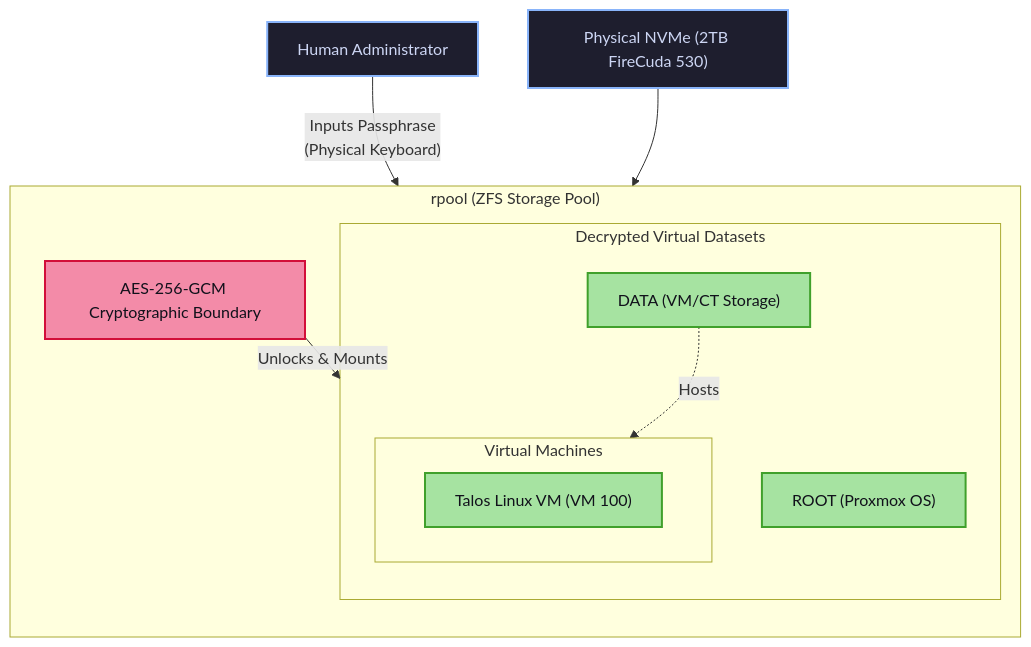
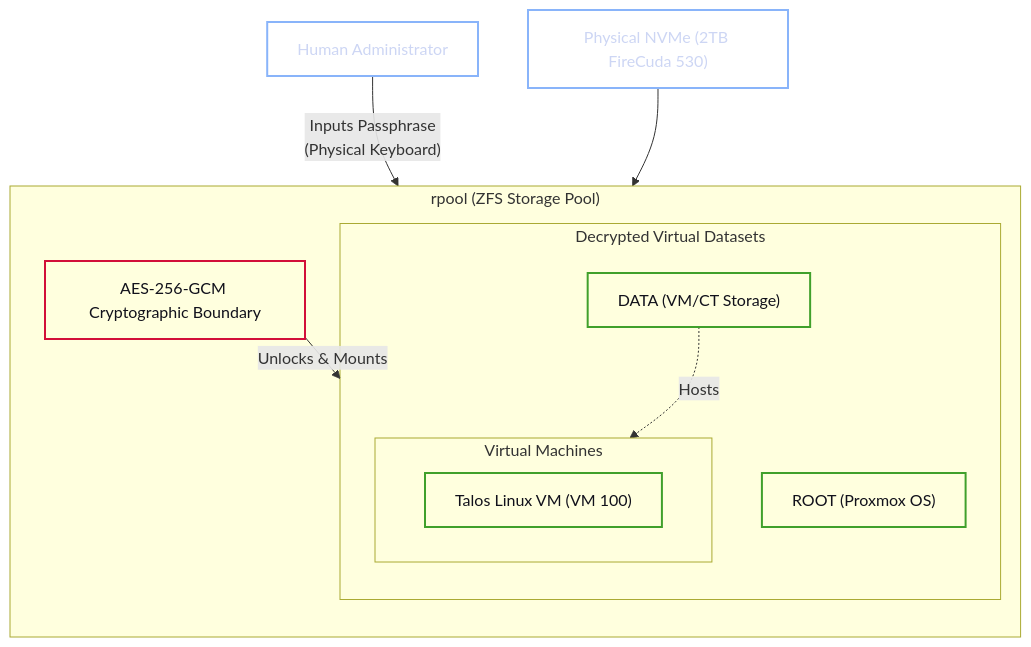
Before and after one commit to foersben/janus-synapse-edge: the diagram in docs/02. Proxmox Base Installation & ZFS Encryption.md, drawn with Mermaid. The commit also changed 11 other files, not shown here.

Commit message:
fixed diagrams

````diff
--- a/docs/02. Proxmox Base Installation & ZFS Encryption.md
+++ b/docs/02. Proxmox Base Installation & ZFS Encryption.md
@@ -26,30 +26,30 @@
 ```mermaid
 flowchart TD
     %% Cryptographic Boundary Diagram
-    classDef hardware fill:#1e1e2e,stroke:#89b4fa,stroke-width:2px,color:#cdd6f4
-    classDef encrypted fill:#f38ba8,stroke:#d20f39,stroke-width:2px,color:#11111b
-    classDef decrypted fill:#a6e3a1,stroke:#40a02b,stroke-width:2px,color:#11111b
+    classDef hardware fill:transparent,stroke:#89b4fa,stroke-width:2px,color:#cdd6f4
+    classDef encrypted fill:transparent,stroke:#d20f39,stroke-width:2px,color:#11111b
+    classDef decrypted fill:transparent,stroke:#40a02b,stroke-width:2px,color:#11111b
 
     PhysicalDrive["Physical NVMe (2TB FireCuda 530)"]:::hardware
 
     subgraph ZFS_Pool["rpool (ZFS Storage Pool)"]
         direction TB
         EncryptedBoundary["AES-256-GCM Cryptographic Boundary"]:::encrypted
 
         subgraph DecryptedSpace["Decrypted Virtual Datasets"]
             ROOT["ROOT (Proxmox OS)"]:::decrypted
             DATA["DATA (VM/CT Storage)"]:::decrypted
 
             subgraph VMs["Virtual Machines"]
                 Talos["Talos Linux VM (VM 100)"]:::decrypted
             end
         end
     end
 
     Human["Human Administrator"]:::hardware
 
     PhysicalDrive --> ZFS_Pool
     Human -- "Inputs Passphrase<br/>(Physical Keyboard)" --> EncryptedBoundary
     EncryptedBoundary -- "Unlocks & Mounts" --> DecryptedSpace
     DATA -. "Hosts" .-> VMs
 ```
````
